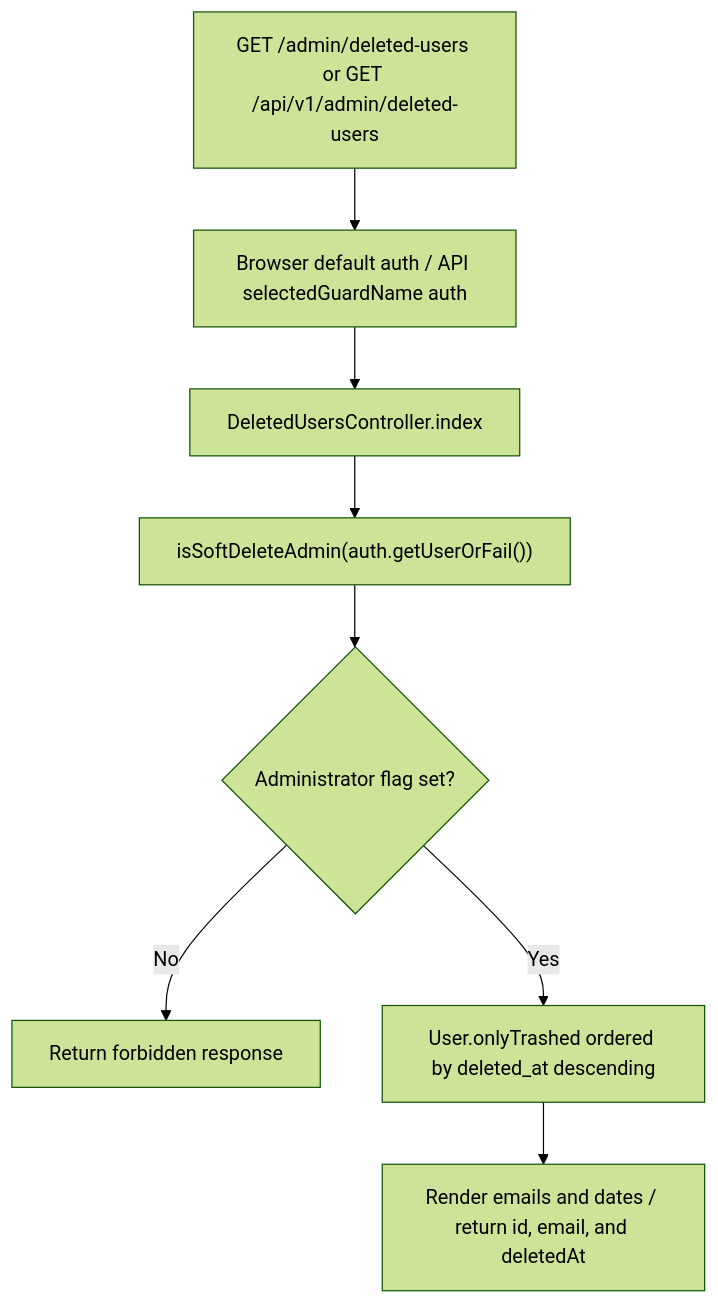
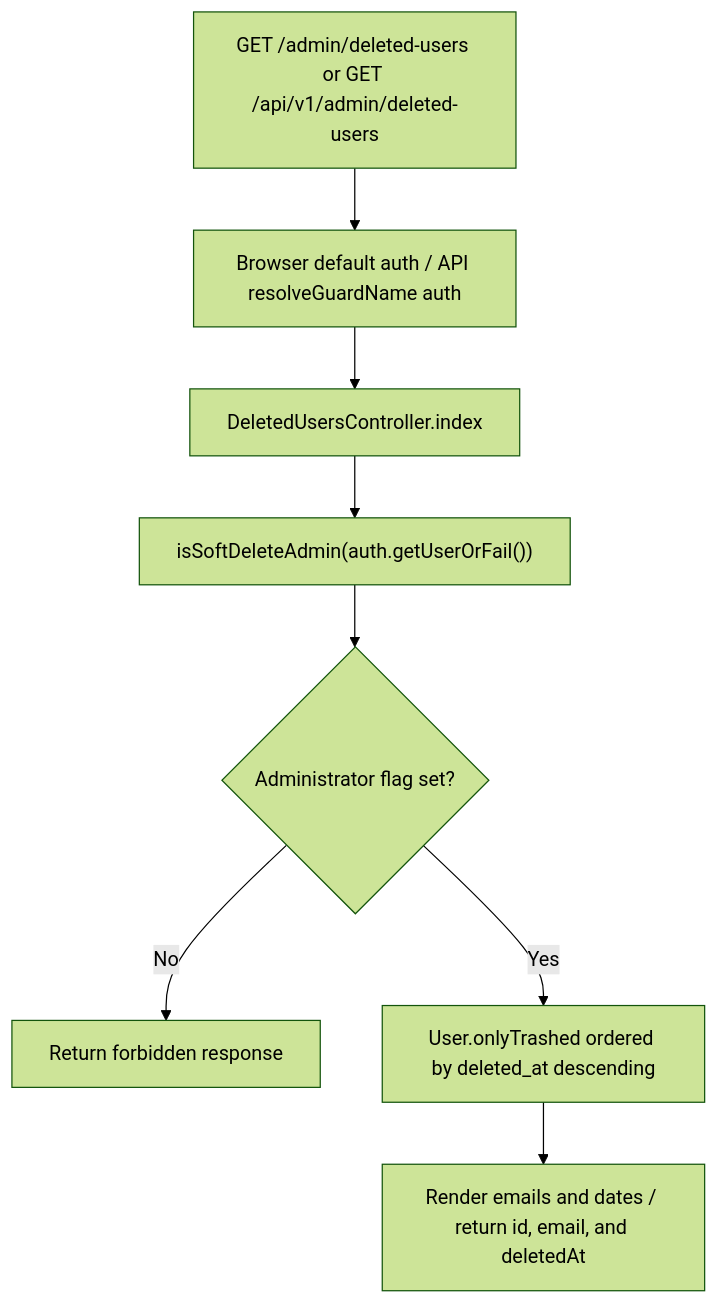
Before and after one commit to Kevinjohn/oss-adonisjs-starter-examples: the second of 2 diagrams in user-stories/soft-delete/us-delete-02-list-deleted-accounts.md, drawn with Mermaid (forest theme). The commit also changed 27 other files, not shown here.

````diff
--- a/user-stories/soft-delete/us-delete-02-list-deleted-accounts.md
+++ b/user-stories/soft-delete/us-delete-02-list-deleted-accounts.md
@@ -36,10 +36,10 @@
 ```mermaid
 flowchart TD
-    A["GET /admin/deleted-users or GET /api/v1/admin/deleted-users"] --> B["Browser default auth / API selectedGuardName auth"]
+    A["GET /admin/deleted-users or GET /api/v1/admin/deleted-users"] --> B["Browser default auth / API resolveGuardName auth"]
     B --> C["DeletedUsersController.index"]
     C --> D["isSoftDeleteAdmin(auth.getUserOrFail())"]
     D --> E{"Administrator flag set?"}
     E -->|No| F["Return forbidden response"]
     E -->|Yes| G["User.onlyTrashed ordered by deleted_at descending"]
     G --> H["Render emails and dates / return id, email, and deletedAt"]
 ```
````
